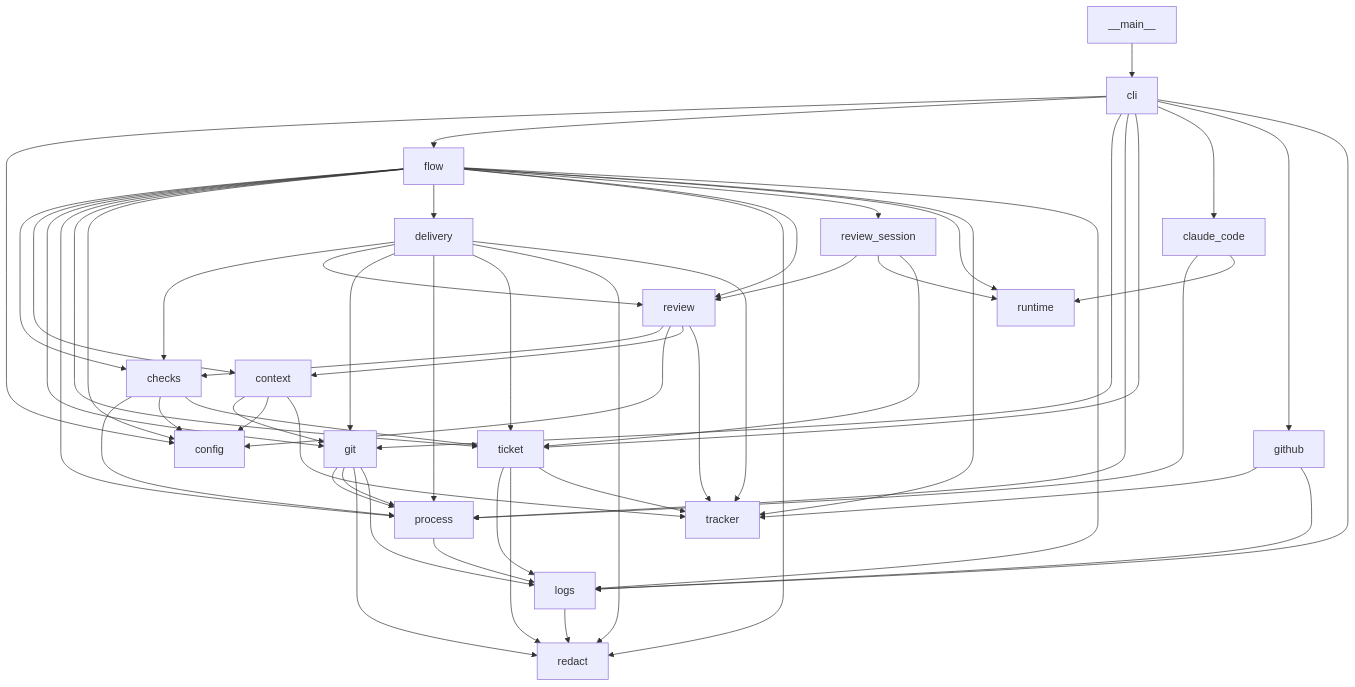
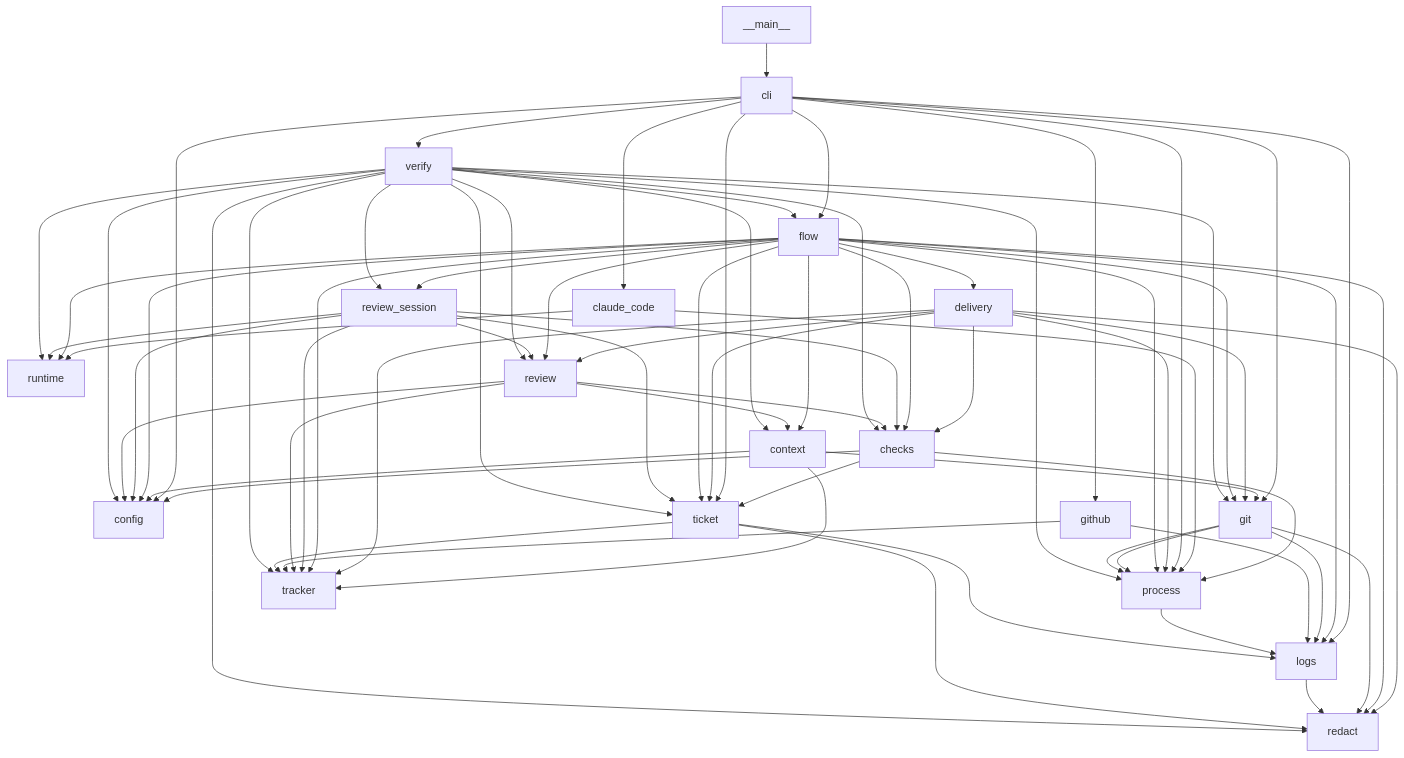
Before and after one commit to plaplanche/ariane: the first of 3 diagrams in docs/architecture/3-components.md, drawn with Mermaid. The commit also changed other lines of this file and 14 other files, not shown here.

Commit message:
#35: Add ariane verify to check and review a branch finished by hand (C10, C23)

````diff
--- a/docs/architecture/3-components.md
+++ b/docs/architecture/3-components.md
@@ -8,58 +8,74 @@
 ```mermaid
 flowchart TD
   __main__ --> cli
   checks --> process
   checks --> config
   checks --> ticket
   claude_code --> process
   claude_code --> runtime
   cli --> config
   cli --> flow
+  cli --> verify
   cli --> git
   cli --> process
   cli --> ticket
   cli --> claude_code
   cli --> github
   context --> git
   context --> config
   context --> tracker
   delivery --> checks
   delivery --> review
   delivery --> git
   delivery --> process
   delivery --> ticket
   delivery --> redact
   delivery --> tracker
   flow --> checks
   flow --> context
   flow --> git
   flow --> process
   flow --> ticket
   flow --> config
   flow --> delivery
   flow --> redact
   flow --> review
   flow --> review_session
   flow --> runtime
   flow --> tracker
   git --> process
+  review_session --> checks
+  review_session --> config
   review_session --> review
   review_session --> runtime
   review_session --> ticket
+  review_session --> tracker
   review --> checks
   review --> config
   review --> context
   review --> tracker
   git --> process
   git --> redact
   github --> tracker
   logs --> redact
   cli --> logs
   flow --> logs
   git --> logs
   github --> logs
   process --> logs
   ticket --> logs
   ticket --> redact
   ticket --> tracker
+  verify --> checks
+  verify --> context
+  verify --> flow
+  verify --> git
+  verify --> process
+  verify --> review
+  verify --> review_session
+  verify --> ticket
+  verify --> config
+  verify --> redact
+  verify --> runtime
+  verify --> tracker
 ```
````
